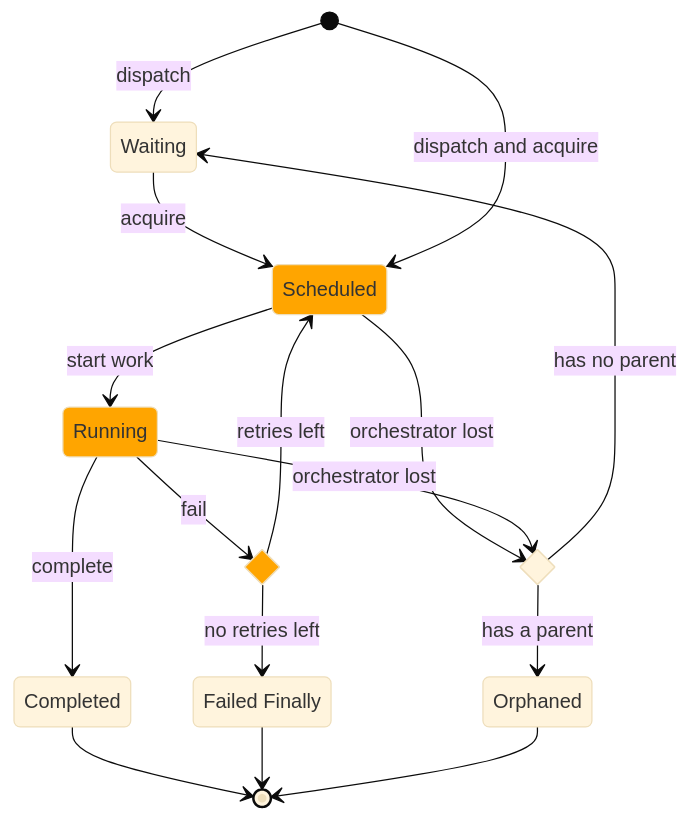
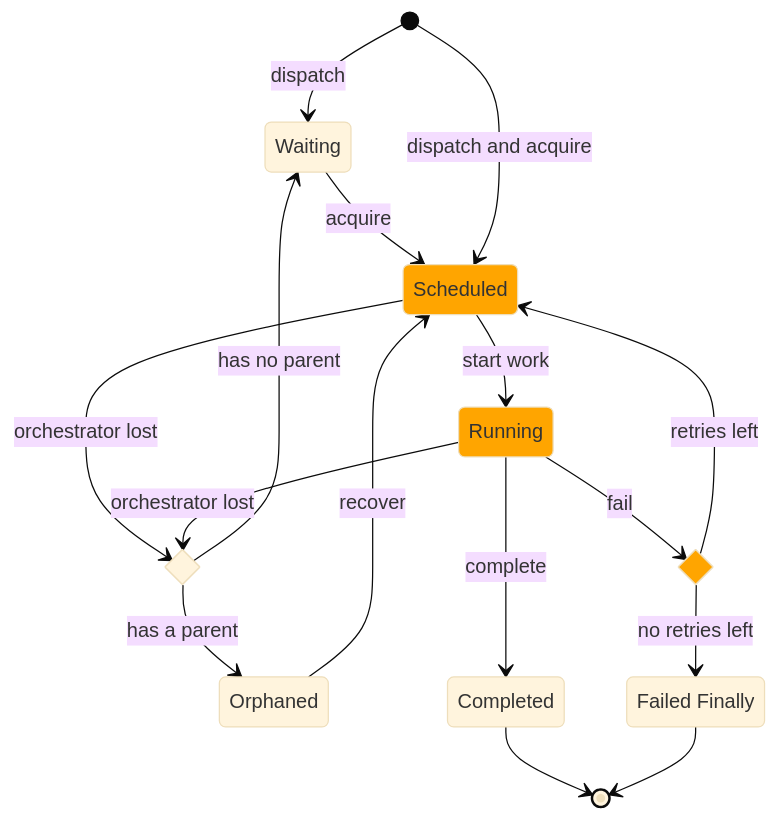
The diagram in README.md (sangl-spezialtransformatoren/flive), drawn with Mermaid (base theme) before and after one commit. The commit also changed other lines of this file and 7 other files, not shown here.

Commit message:
Added recovering of orphaned child flows

````diff
--- a/README.md
+++ b/README.md
@@ -4,30 +4,30 @@
 ```mermaid
 stateDiagram-v2
     classDef associated fill:#FFA500
     WAITING: Waiting
     SCHEDULED: Scheduled
+    state ORCHESTRATOR_LOST <<choice>>
     RUNNING: Running
+    ORPHANED: Orphaned
     COMPLETED: Completed
     FAILED_FINALLY: Failed Finally
-    ORPHANED: Orphaned
     state FAILED <<choice>>
-    state ORCHESTRATOR_LOST <<choice>>
 
     [*] --> WAITING: dispatch
     WAITING --> SCHEDULED: acquire
     [*] --> SCHEDULED: dispatch and acquire
     SCHEDULED --> ORCHESTRATOR_LOST: orchestrator lost
     SCHEDULED --> RUNNING: start work
+    ORCHESTRATOR_LOST --> WAITING: has no parent
     RUNNING --> ORCHESTRATOR_LOST: orchestrator lost
-    ORCHESTRATOR_LOST --> WAITING: has no parent
     RUNNING --> COMPLETED: complete
     RUNNING --> FAILED: fail
     FAILED --> SCHEDULED: retries left
     FAILED --> FAILED_FINALLY: no retries left
     ORCHESTRATOR_LOST --> ORPHANED: has a parent
     COMPLETED --> [*]
     FAILED_FINALLY --> [*]
-    ORPHANED --> [*]
+    ORPHANED --> SCHEDULED: recover
 
     class SCHEDULED,RUNNING,FAILED associated
 ```
````
